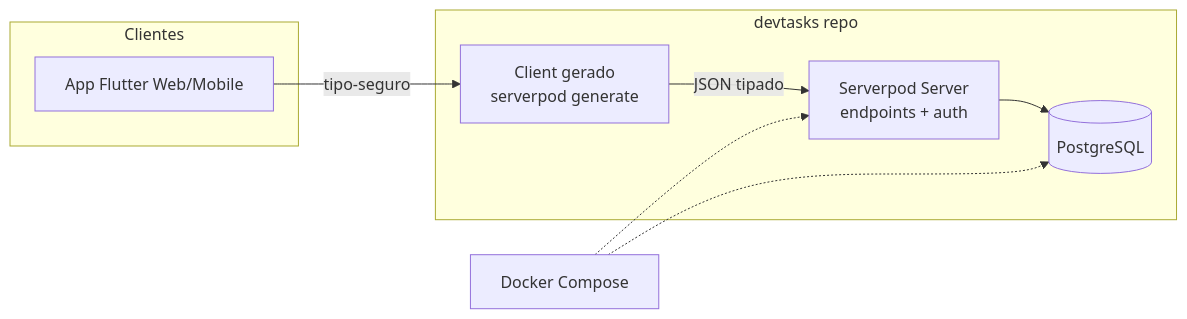
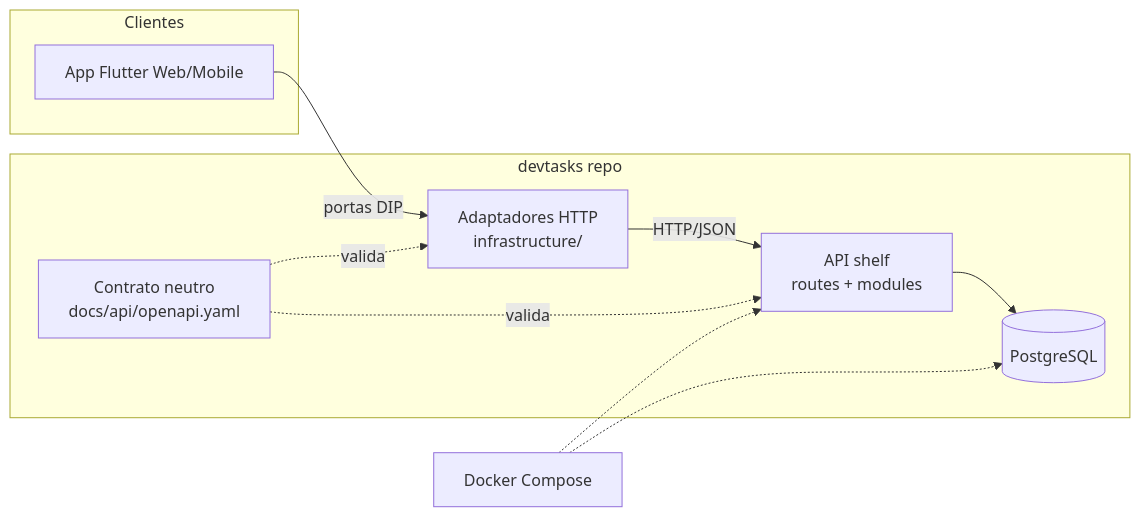
One commit to DenersonNobre/DevTasks changed the diagram in docs/architecture/DESIGN.md. Above: the diagram before and after it, drawn with Mermaid. The commit also changed other lines of this file and 17 other files, not shown here.

First line of the commit message:
feat(api): bootstrap shelf server foundation (D-08)

````diff
--- a/docs/architecture/DESIGN.md
+++ b/docs/architecture/DESIGN.md
@@ -148,16 +151,19 @@
 ```mermaid
 flowchart LR
   subgraph Clientes
     A[App Flutter Web/Mobile]
   end
   subgraph devtasks repo
-    C[Client gerado\nserverpod generate]
-    S[Serverpod Server\nendpoints + auth]
+    AD[Adaptadores HTTP<br/>infrastructure/]
+    CT[Contrato neutro<br/>docs/api/openapi.yaml]
+    S[API shelf<br/>routes + modules]
     P[(PostgreSQL)]
   end
-  A -- tipo-seguro --> C
-  C -- JSON tipado --> S
+  A -- portas DIP --> AD
+  AD -- HTTP/JSON --> S
+  CT -. valida .-> S
+  CT -. valida .-> AD
   S --> P
   D[Docker Compose] -.-> S
   D -.-> P
 ```
````
